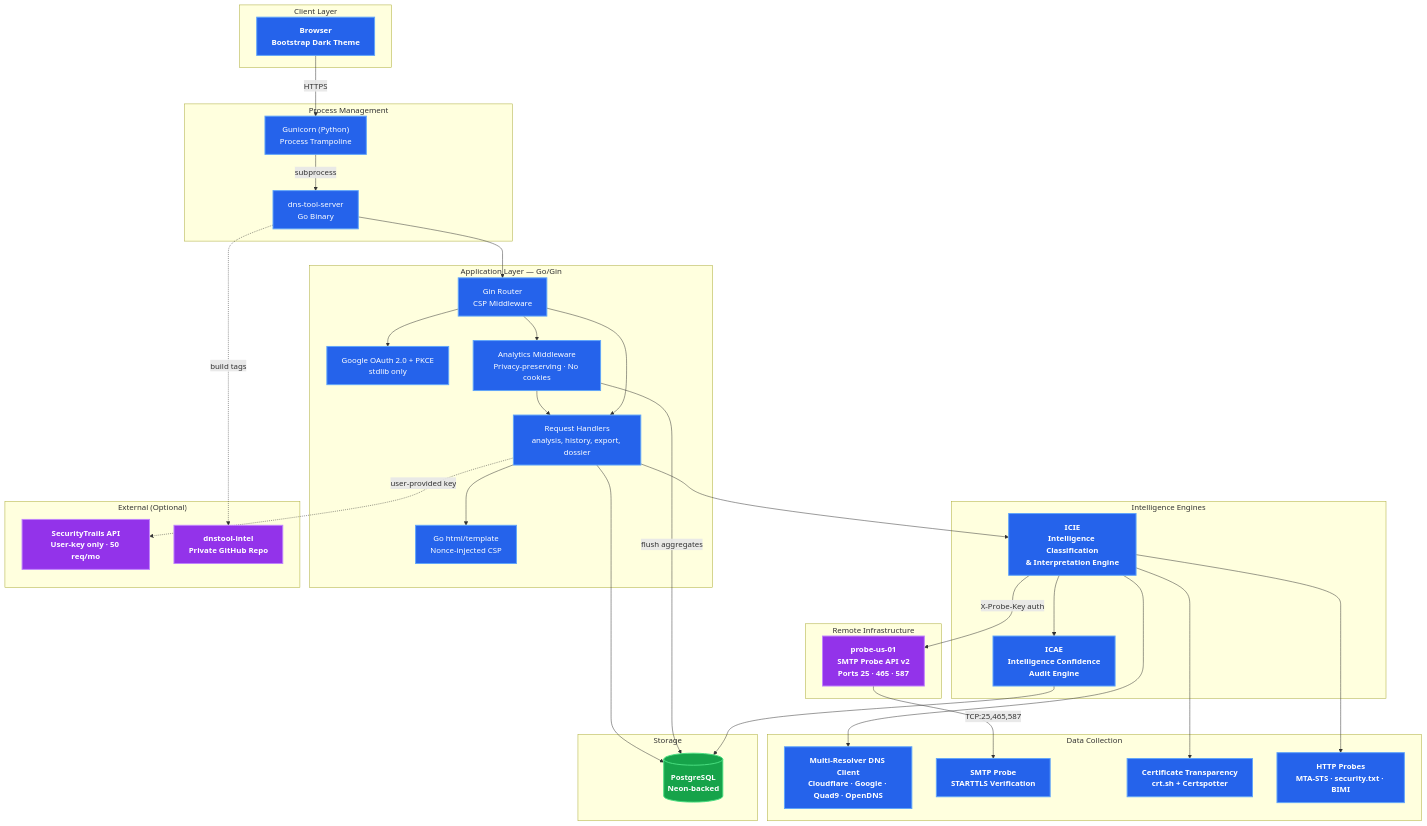
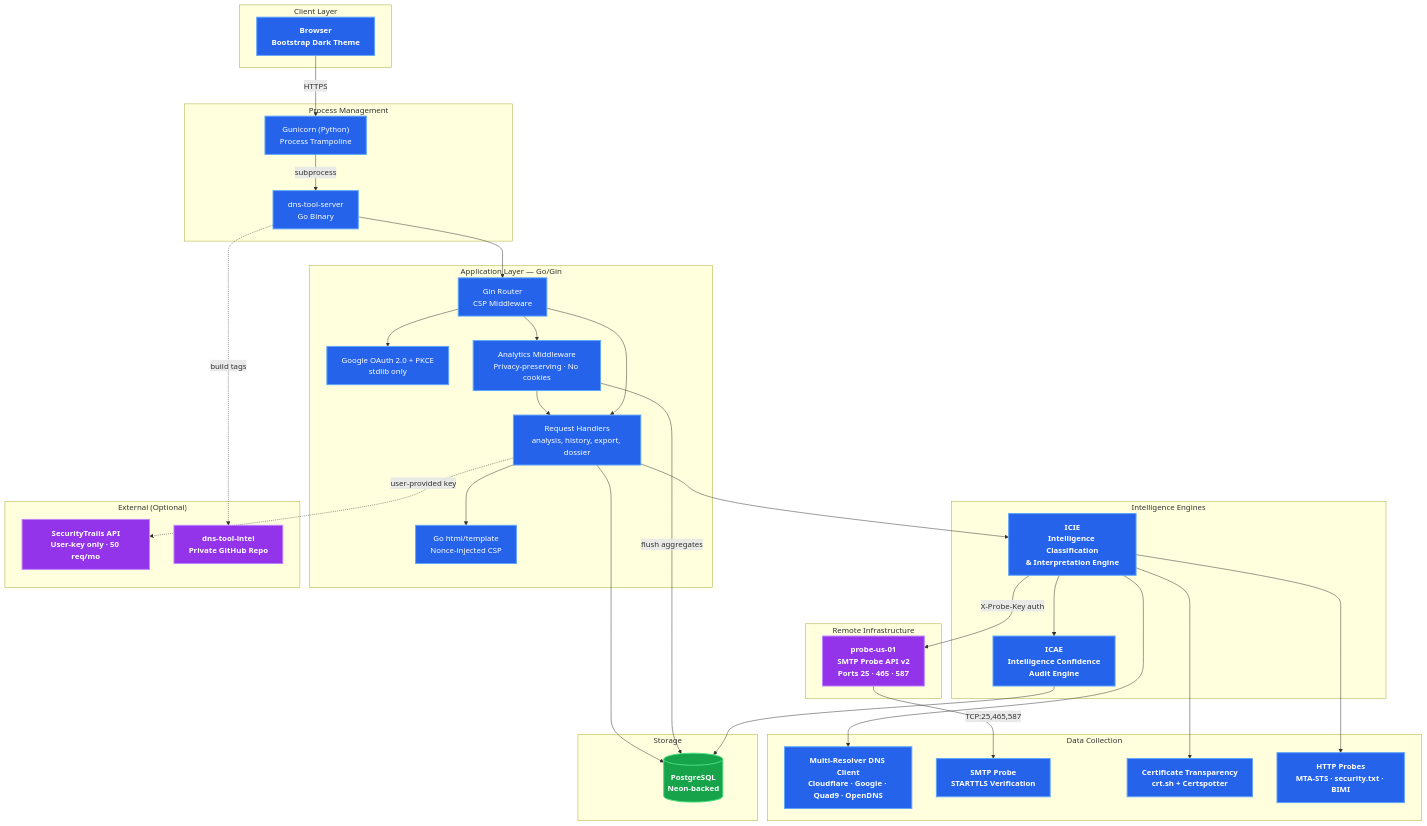
One commit to careyjames/DnsToolWeb changed the first of 7 diagrams in docs/architecture/SYSTEM_ARCHITECTURE.md. Above: the diagram before and after it, drawn with Mermaid. The commit also changed other lines of this file and 59 other files, not shown here.

````diff
--- a/docs/architecture/SYSTEM_ARCHITECTURE.md
+++ b/docs/architecture/SYSTEM_ARCHITECTURE.md
@@ -5,80 +5,80 @@
 ```mermaid
 graph TB
     subgraph "Client Layer"
         Browser["Browser<br/>Bootstrap Dark Theme"]
     end
 
     subgraph "Process Management"
         Gunicorn["Gunicorn (Python)<br/>Process Trampoline"]
         GoBinary["dns-tool-server<br/>Go Binary"]
     end
 
     subgraph "Application Layer — Go/Gin"
         Router["Gin Router<br/>CSP Middleware"]
         Auth["Google OAuth 2.0 + PKCE<br/>stdlib only"]
         Analytics["Analytics Middleware<br/>Privacy-preserving · No cookies"]
         Handlers["Request Handlers<br/>analysis, history, export, dossier"]
         Templates["Go html/template<br/>Nonce-injected CSP"]
     end
 
     subgraph "Intelligence Engines"
         ICIE["ICIE<br/>Intelligence Classification<br/>& Interpretation Engine"]
         ICAE["ICAE<br/>Intelligence Confidence<br/>Audit Engine"]
     end
 
     subgraph "Data Collection"
         DNSClient["Multi-Resolver DNS Client<br/>Cloudflare · Google · Quad9 · OpenDNS"]
         SMTP["SMTP Probe<br/>STARTTLS Verification"]
         CT["Certificate Transparency<br/>crt.sh + Certspotter"]
         HTTP["HTTP Probes<br/>MTA-STS · security.txt · BIMI"]
     end
 
     subgraph "Remote Infrastructure"
         ProbeServer["probe-us-01<br/>SMTP Probe API v2<br/>Ports 25 · 465 · 587"]
     end
 
     subgraph "Storage"
         PG[("PostgreSQL<br/>Neon-backed")]
     end
 
     subgraph "External (Optional)"
         SecurityTrails["SecurityTrails API<br/>User-key only · 50 req/mo"]
-        IntelRepo["dnstool-intel<br/>Private GitHub Repo"]
+        IntelRepo["dns-tool-intel<br/>Private GitHub Repo"]
     end
 
     Browser -->|"HTTPS"| Gunicorn
     Gunicorn -->|"subprocess"| GoBinary
     GoBinary --> Router
     Router --> Auth
     Router --> Analytics
     Analytics --> Handlers
     Router --> Handlers
     Handlers --> Templates
     Handlers --> ICIE
     ICIE --> DNSClient
     ICIE -->|"X-Probe-Key auth"| ProbeServer
     ProbeServer -->|"TCP:25,465,587"| SMTP
     ICIE --> CT
     ICIE --> HTTP
     ICIE --> ICAE
     Handlers --> PG
     Analytics -->|"flush aggregates"| PG
     ICAE --> PG
     Handlers -.->|"user-provided key"| SecurityTrails
     GoBinary -.->|"build tags"| IntelRepo
 
     classDef default fill:#2563eb,stroke:#60a5fa,stroke-width:2px,color:#f0f6fc
     classDef engine fill:#2563eb,stroke:#60a5fa,stroke-width:2px,color:#fff,font-weight:bold
     classDef storage fill:#16a34a,stroke:#4ade80,stroke-width:2px,color:#fff,font-weight:bold
     classDef external fill:#9333ea,stroke:#c084fc,stroke-width:2px,color:#fff,font-weight:bold
     classDef client fill:#2563eb,stroke:#60a5fa,stroke-width:2px,color:#fff,font-weight:bold
     classDef app fill:#2563eb,stroke:#60a5fa,stroke-width:2px,color:#fff
     class ICIE,ICAE engine
     class PG storage
     class SecurityTrails,IntelRepo external
     class Browser client
     class Router,Auth,Analytics,Handlers,Templates app
     class DNSClient,SMTP,CT,HTTP engine
     class ProbeServer external
     class Gunicorn,GoBinary app
 ```
````
